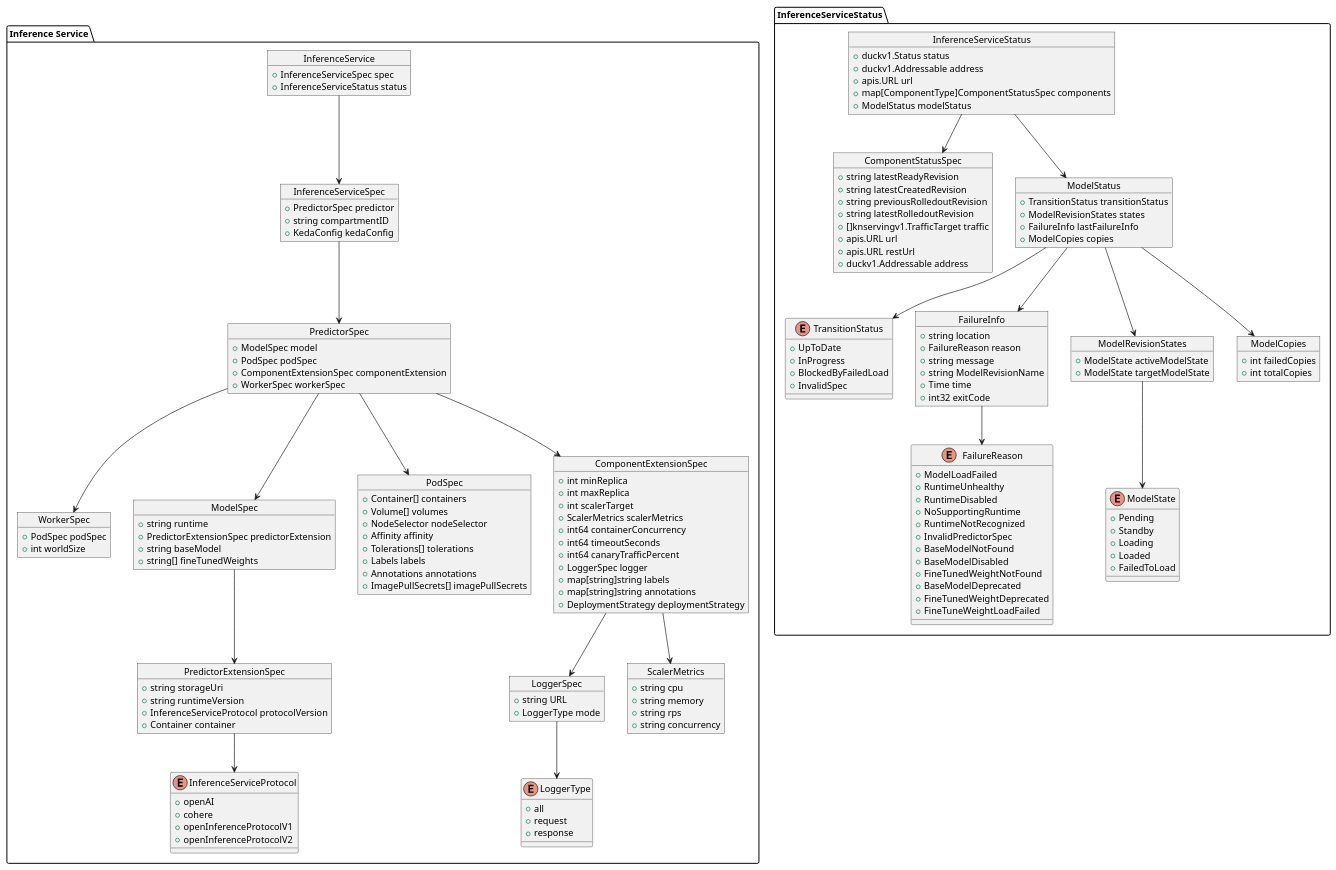
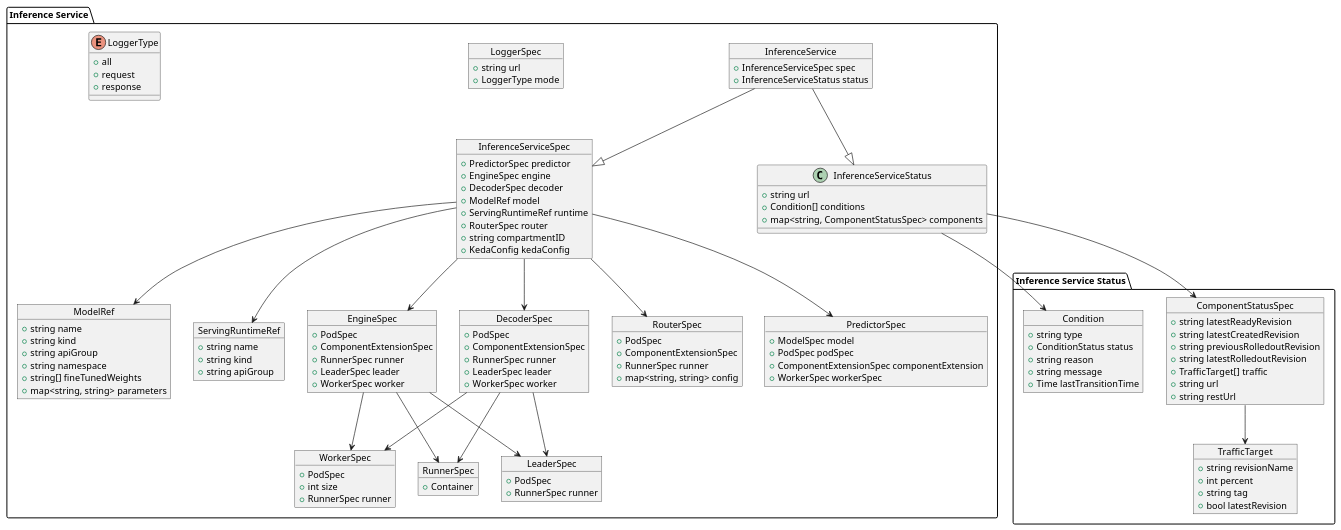
The diagram in site/assets/inference_service.plantuml (sgl-project/ome), drawn with PlantUML before and after one commit. The commit also changed 13 other files, not shown here.

First line of the commit message:
[Docs] update plantumls for resources and readme

```diff
--- a/site/assets/inference_service.plantuml
+++ b/site/assets/inference_service.plantuml
@@ -1,189 +1,143 @@
-@startuml
+@startuml InferenceService
 
 package "Inference Service" {
   object InferenceService {
     + InferenceServiceSpec spec
     + InferenceServiceStatus status
   }
 
   object InferenceServiceSpec {
     + PredictorSpec predictor
+    + EngineSpec engine
+    + DecoderSpec decoder
+    + ModelRef model
+    + ServingRuntimeRef runtime
+    + RouterSpec router
     + string compartmentID
     + KedaConfig kedaConfig
+  }
+
+  object EngineSpec {
+    + PodSpec
+    + ComponentExtensionSpec
+    + RunnerSpec runner
+    + LeaderSpec leader
+    + WorkerSpec worker
+  }
+
+  object DecoderSpec {
+    + PodSpec
+    + ComponentExtensionSpec
+    + RunnerSpec runner
+    + LeaderSpec leader
+    + WorkerSpec worker
+  }
+
+  object LeaderSpec {
+    + PodSpec
+    + RunnerSpec runner
+  }
+
+  object WorkerSpec {
+    + PodSpec
+    + int size
+    + RunnerSpec runner
+  }
+
+  object RouterSpec {
+    + PodSpec
+    + ComponentExtensionSpec
+    + RunnerSpec runner
+    + map<string, string> config
+  }
+
+  object RunnerSpec {
+    + Container
   }
 
   object PredictorSpec {
     + ModelSpec model
     + PodSpec podSpec
     + ComponentExtensionSpec componentExtension
     + WorkerSpec workerSpec
   }
 
-  object WorkerSpec {
-    + PodSpec podSpec
-    + int worldSize
+  object ModelRef {
+    + string name
+    + string kind
+    + string apiGroup
+    + string namespace
+    + string[] fineTunedWeights
+    + map<string, string> parameters
   }
 
-  object ModelSpec {
-    + string runtime
-    + PredictorExtensionSpec predictorExtension
-    + string baseModel
-    + string[] fineTunedWeights
-  }
-
-  object PredictorExtensionSpec {
-    + string storageUri
-    + string runtimeVersion
-    + InferenceServiceProtocol protocolVersion
-    + Container container
-  }
-
-  object PodSpec {
-    + Container[] containers
-    + Volume[] volumes
-    + NodeSelector nodeSelector
-    + Affinity affinity
-    + Tolerations[] tolerations
-    + Labels labels
-    + Annotations annotations
-    + ImagePullSecrets[] imagePullSecrets
-  }
-
-  object ComponentExtensionSpec {
-    + int minReplica
-    + int maxReplica
-    + int scalerTarget
-    + ScalerMetrics scalerMetrics
-    + int64 containerConcurrency
-    + int64 timeoutSeconds
-    + int64 canaryTrafficPercent
-    + LoggerSpec logger
-    + map[string]string labels
-    + map[string]string annotations
-    + DeploymentStrategy deploymentStrategy
+  object ServingRuntimeRef {
+    + string name
+    + string kind
+    + string apiGroup
   }
 
   object LoggerSpec {
-    + string URL
+    + string url
     + LoggerType mode
   }
 
   enum LoggerType {
     + all
     + request
     + response
   }
 
-  enum InferenceServiceProtocol {
-    + openAI
-    + cohere
-    + openInferenceProtocolV1
-    + openInferenceProtocolV2
-  }
-
-  object ScalerMetrics {
-    + string cpu
-    + string memory
-    + string rps
-    + string concurrency
-  }
-
-  InferenceService --> InferenceServiceSpec
+  InferenceService --|> InferenceServiceSpec
+  InferenceService --|> InferenceServiceStatus
   InferenceServiceSpec --> PredictorSpec
-  PredictorSpec --> ModelSpec
-  PredictorSpec --> PodSpec
-  PredictorSpec --> ComponentExtensionSpec
-  PredictorSpec --> WorkerSpec
-  ModelSpec --> PredictorExtensionSpec
-  PredictorExtensionSpec --> InferenceServiceProtocol
-  ComponentExtensionSpec --> ScalerMetrics
-  ComponentExtensionSpec --> LoggerSpec
-  LoggerSpec --> LoggerType
+  InferenceServiceSpec --> EngineSpec
+  InferenceServiceSpec --> DecoderSpec
+  InferenceServiceSpec --> ModelRef
+  InferenceServiceSpec --> ServingRuntimeRef
+  InferenceServiceSpec --> RouterSpec
+  EngineSpec --> LeaderSpec
+  EngineSpec --> WorkerSpec
+  EngineSpec --> RunnerSpec
+  DecoderSpec --> LeaderSpec
+  DecoderSpec --> WorkerSpec
+  DecoderSpec --> RunnerSpec
 }
 
-package InferenceServiceStatus {
+package "Inference Service Status" {
   object InferenceServiceStatus {
-    + duckv1.Status status
-    + duckv1.Addressable address
-    + apis.URL url
-    + map[ComponentType]ComponentStatusSpec components
-    + ModelStatus modelStatus
+    + string url
+    + Condition[] conditions
+    + map<string, ComponentStatusSpec> components
   }
 
   object ComponentStatusSpec {
     + string latestReadyRevision
     + string latestCreatedRevision
     + string previousRolledoutRevision
     + string latestRolledoutRevision
-    + []knservingv1.TrafficTarget traffic
-    + apis.URL url
-    + apis.URL restUrl
-    + duckv1.Addressable address
+    + TrafficTarget[] traffic
+    + string url
+    + string restUrl
   }
 
-  object ModelStatus {
-    + TransitionStatus transitionStatus
-    + ModelRevisionStates states
-    + FailureInfo lastFailureInfo
-    + ModelCopies copies
+  object Condition {
+    + string type
+    + ConditionStatus status
+    + string reason
+    + string message
+    + Time lastTransitionTime
   }
 
-  enum TransitionStatus {
-    + UpToDate
-    + InProgress
-    + BlockedByFailedLoad
-    + InvalidSpec
-  }
-
-  object FailureInfo {
-    + string location
-    + FailureReason reason
-    + string message
-    + string ModelRevisionName
-    + Time time
-    + int32 exitCode
-  }
-
-  enum FailureReason {
-    + ModelLoadFailed
-    + RuntimeUnhealthy
-    + RuntimeDisabled
-    + NoSupportingRuntime
-    + RuntimeNotRecognized
-    + InvalidPredictorSpec
-    + BaseModelNotFound
-    + BaseModelDisabled
-    + FineTunedWeightNotFound
-    + BaseModelDeprecated
-    + FineTunedWeightDeprecated
-    + FineTuneWeightLoadFailed
-  }
-
-  object ModelRevisionStates {
-    + ModelState activeModelState
-    + ModelState targetModelState
-  }
-
-  enum ModelState {
-    + Pending
-    + Standby
-    + Loading
-    + Loaded
-    + FailedToLoad
-  }
-
-  object ModelCopies {
-    + int failedCopies
-    + int totalCopies
+  object TrafficTarget {
+    + string revisionName
+    + int percent
+    + string tag
+    + bool latestRevision
   }
 
   InferenceServiceStatus --> ComponentStatusSpec
-  InferenceServiceStatus --> ModelStatus
-  ModelStatus --> ModelRevisionStates
-  ModelStatus --> FailureInfo
-  ModelStatus --> TransitionStatus
-  ModelStatus --> ModelCopies
-  FailureInfo --> FailureReason
-  ModelRevisionStates --> ModelState
+  InferenceServiceStatus --> Condition
+  ComponentStatusSpec --> TrafficTarget
 }
 @enduml
```
